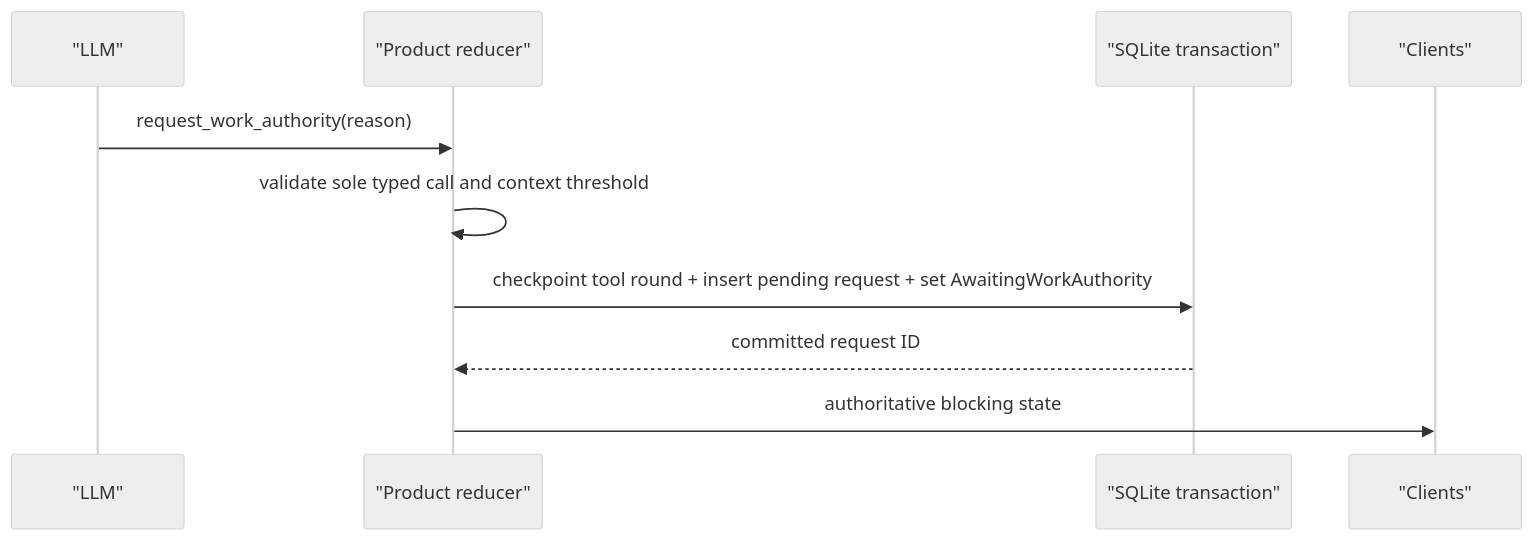
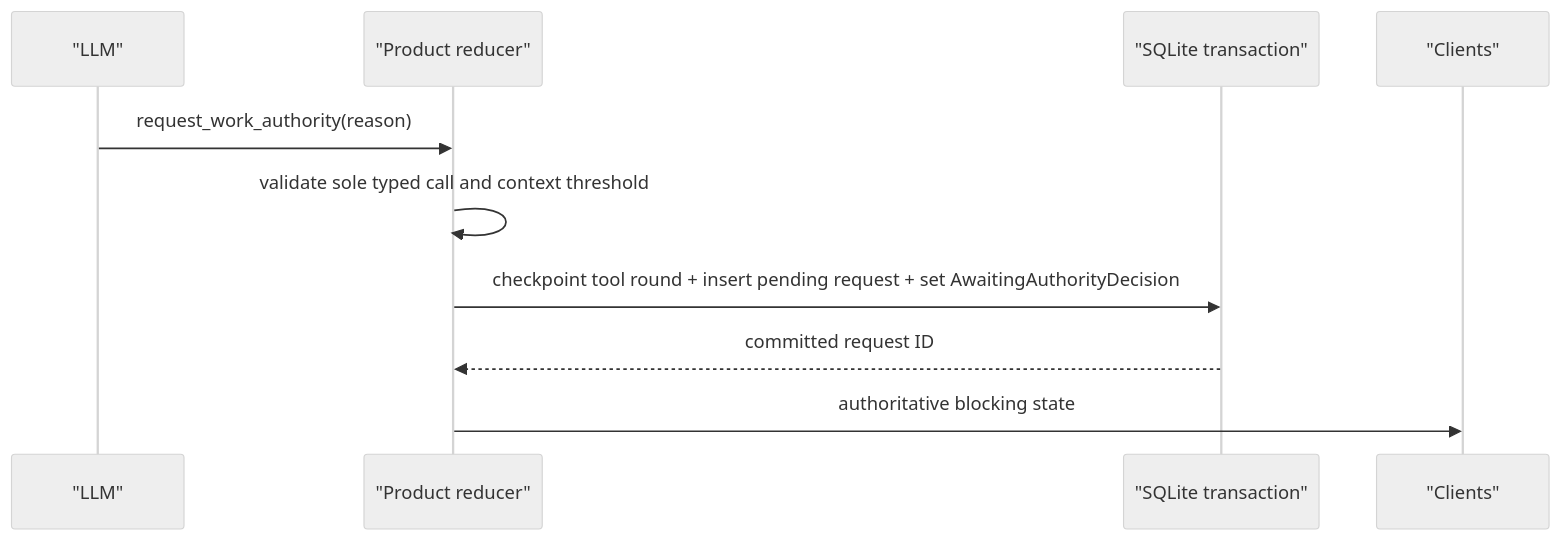
The fifth of 5 diagrams in docs/research/conversation-authority-runtime-posture-plan.md (scottopell/phoenix-ide), drawn with Mermaid (neutral theme) before and after one commit. The commit also changed other lines of this file, not shown here.

Commit message:
docs: clarify WorkScope authority model

````diff
--- a/docs/research/conversation-authority-runtime-posture-plan.md
+++ b/docs/research/conversation-authority-runtime-posture-plan.md
@@ -465,13 +469,13 @@
 ```mermaid
 sequenceDiagram
     participant L as "LLM"
     participant R as "Product reducer"
     participant DB as "SQLite transaction"
     participant UI as "Clients"
 
     L->>R: request_work_authority(reason)
     R->>R: validate sole typed call and context threshold
-    R->>DB: checkpoint tool round + insert pending request + set AwaitingWorkAuthority
+    R->>DB: checkpoint tool round + insert pending request + set AwaitingAuthorityDecision
     DB-->>R: committed request ID
     R->>UI: authoritative blocking state
 ```
````
